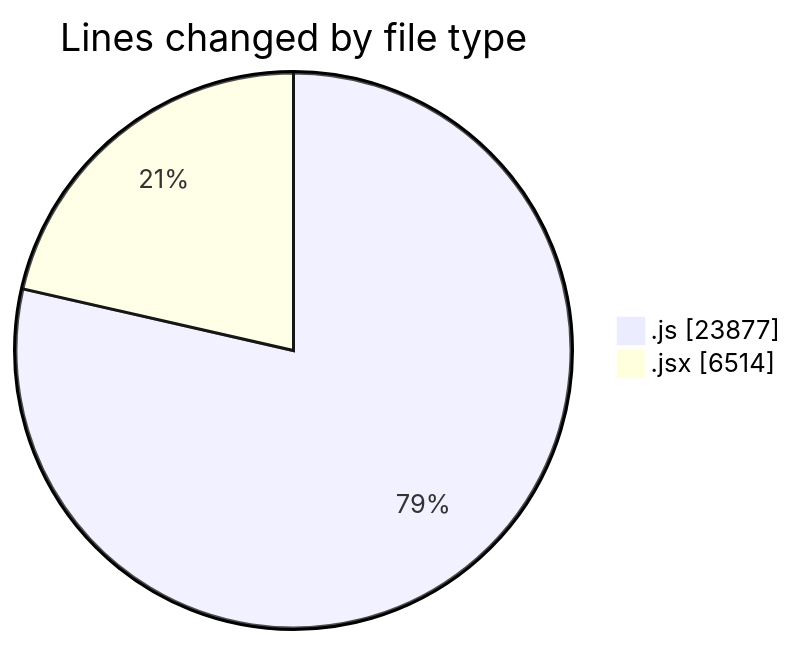
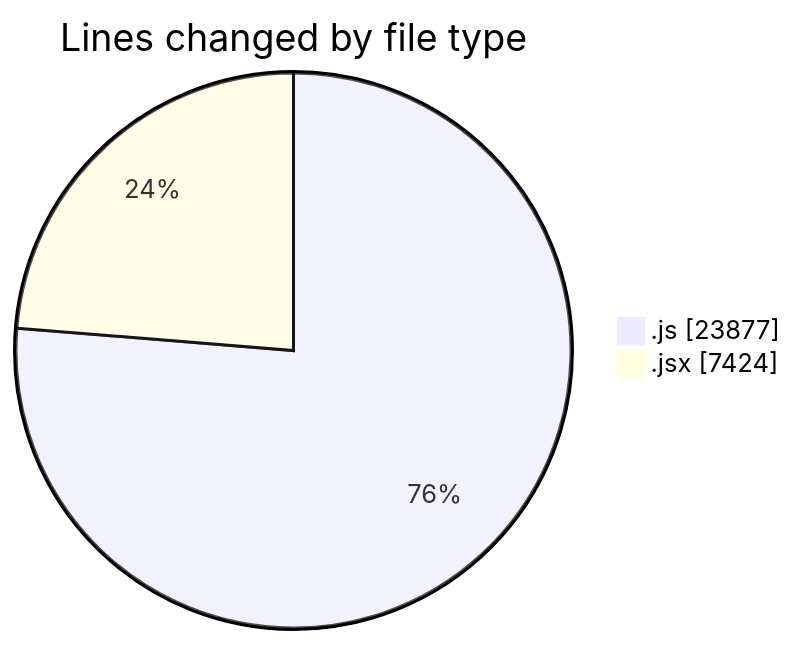
Before and after one commit to nxtqubesakshisongat/code-tracking: the first of 2 diagrams in 2025-10-01/nxtqube_webapp/README.md, drawn with Mermaid. The commit also changed other lines of this file and 1 other file, not shown here.

````diff
--- a/2025-10-01/nxtqube_webapp/README.md
+++ b/2025-10-01/nxtqube_webapp/README.md
@@ -25,6 +25,6 @@
 ```mermaid
 pie showData
 title Lines changed by file type
 ".js" : 23877
-".jsx" : 6514
+".jsx" : 7424
 ```
````
